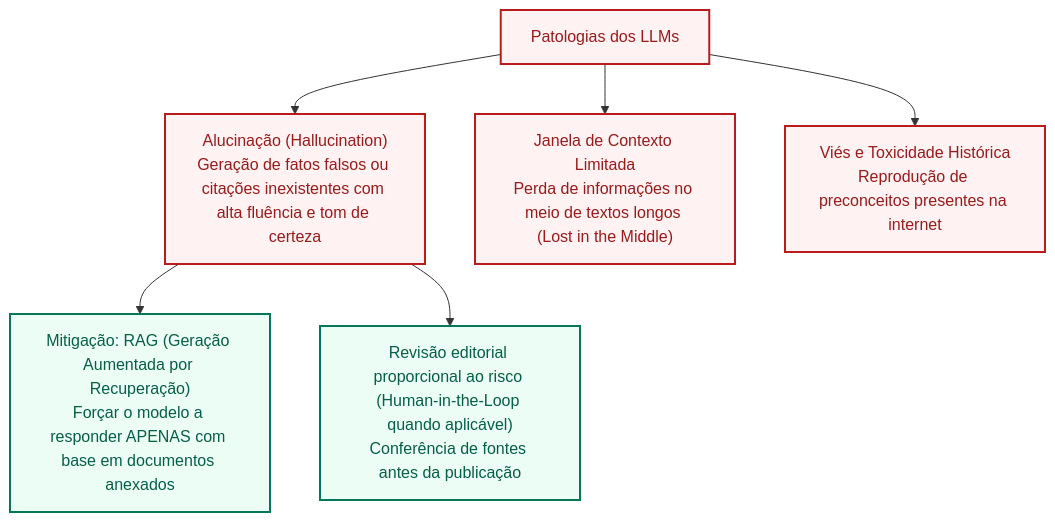
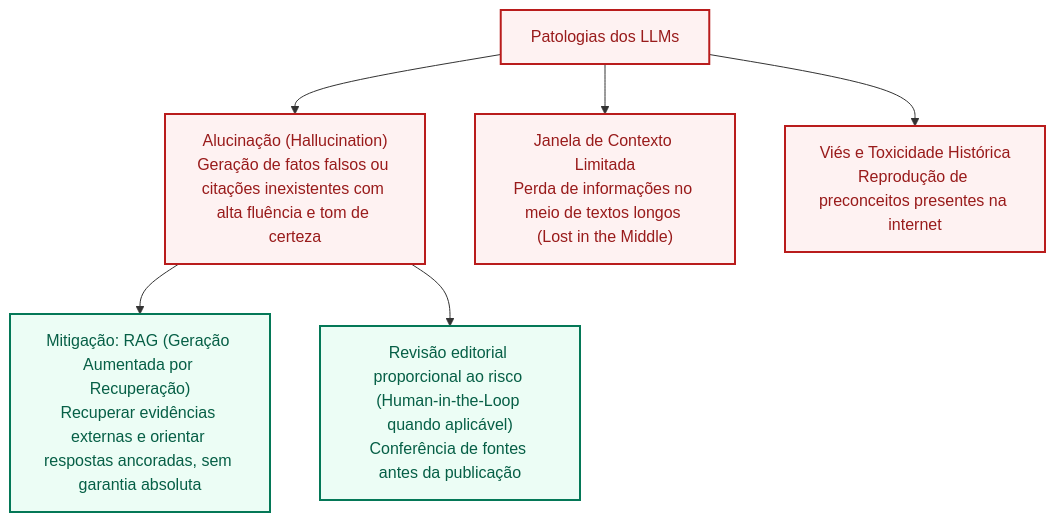
Before and after one commit to leorruas/concursos: the second of 2 diagrams in 3 - Materias/Informatica/21 - ia generativa modelos llms difusao usos e limites.md, drawn with Mermaid. The commit also changed other lines of this file, not shown here.

````diff
--- a/3 - Materias/Informatica/21 - ia generativa modelos llms difusao usos e limites.md
+++ b/3 - Materias/Informatica/21 - ia generativa modelos llms difusao usos e limites.md
@@ -103,14 +103,14 @@
 ```mermaid
 flowchart TD
     classDef risco fill:#fef2f2,stroke:#b91c1c,stroke-width:2px,color:#991b1b;
     classDef solucoes fill:#ecfdf5,stroke:#047857,stroke-width:2px,color:#065f46;
 
     R["Patologias dos LLMs"]:::risco
 
     R --> H["Alucinação (Hallucination)<br>Geração de fatos falsos ou citações inexistentes com alta fluência e tom de certeza"]:::risco
     R --> J["Janela de Contexto Limitada<br>Perda de informações no meio de textos longos (Lost in the Middle)"]:::risco
     R --> V["Viés e Toxicidade Histórica<br>Reprodução de preconceitos presentes na internet"]:::risco
 
-    H --> RAG["Mitigação: RAG (Geração Aumentada por Recuperação)<br>Forçar o modelo a responder APENAS com base em documentos anexados"]:::solucoes
+    H --> RAG["Mitigação: RAG (Geração Aumentada por Recuperação)<br>Recuperar evidências externas e orientar respostas ancoradas, sem garantia absoluta"]:::solucoes
     H --> RH["Revisão editorial proporcional ao risco (Human-in-the-Loop quando aplicável)<br>Conferência de fontes antes da publicação"]:::solucoes
 ```
````
